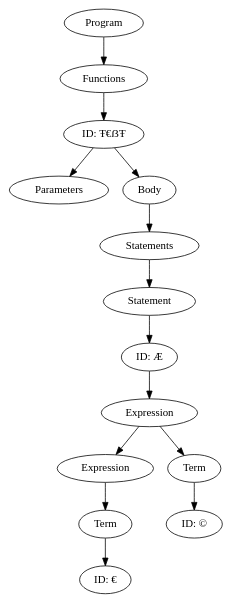
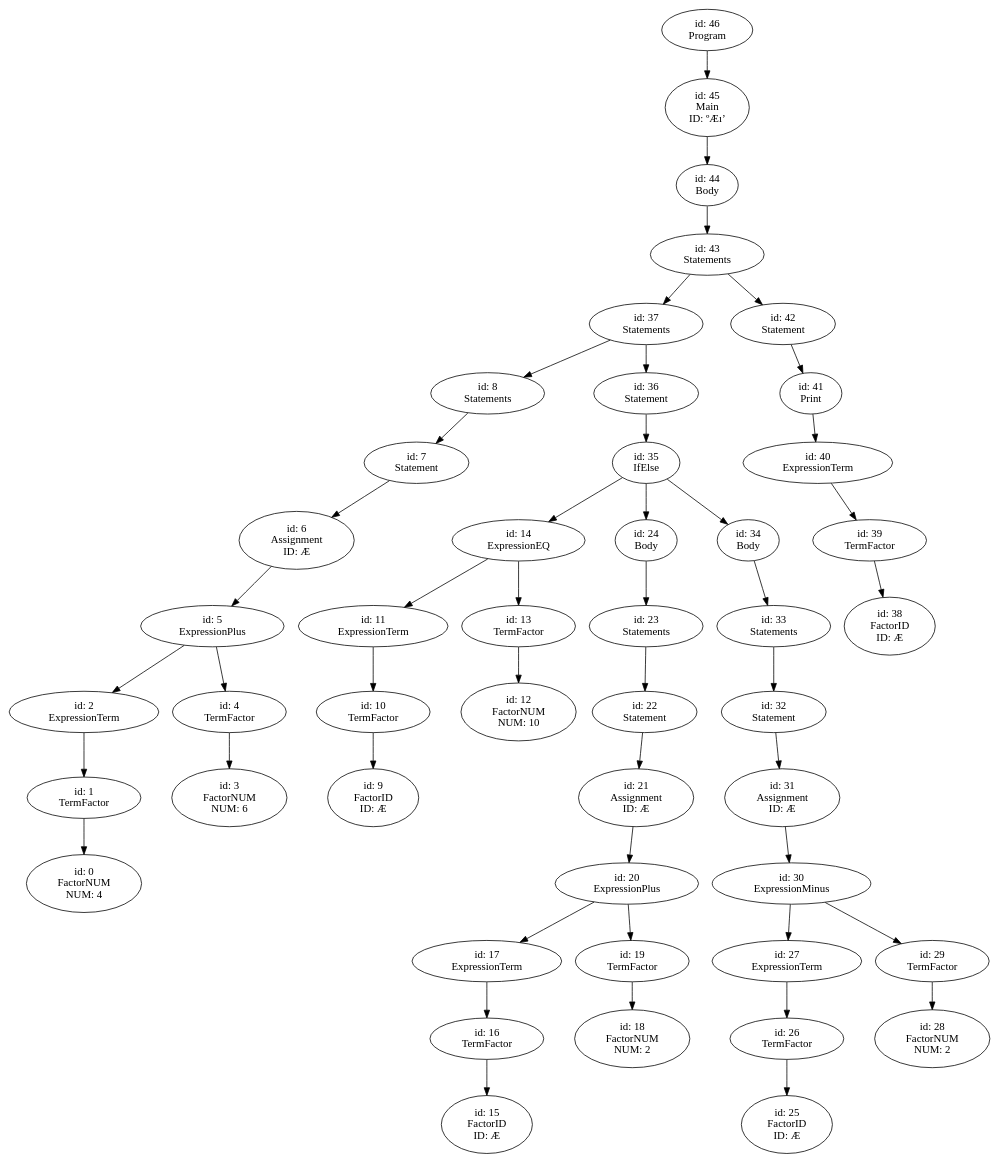
The diagram in ex10/ast.gv (Finn-Artmann/Styx), drawn with Graphviz before and after one commit. The commit also changed 8 other files, not shown here.

```diff
--- a/ex10/ast.gv
+++ b/ex10/ast.gv
@@ -1,29 +1,155 @@
 digraph ast {
-n34 [label="Program"];
-n34 -> n12;
-n12 [label="Functions"];
-n12 -> n11;
-n11 [label="ID: Ŧ€ẞŦ"];
-n11 -> n0;
-n0 [label="Parameters"];
+n46 [label="id: 46
+ Program"];
+n46 -> n45;
+n45 [label="id: 45
+ Main
+ ID: ºÆı’"];
+n45 -> n44;
+n44 [label="id: 44
+ Body"];
+n44 -> n43;
+n43 [label="id: 43
+ Statements"];
+n43 -> n37;
+n37 [label="id: 37
+ Statements"];
+n37 -> n8;
+n8 [label="id: 8
+ Statements"];
+n8 -> n7;
+n7 [label="id: 7
+ Statement"];
+n7 -> n6;
+n6 [label="id: 6
+ Assignment
+ ID: Æ"];
+n6 -> n5;
+n5 [label="id: 5
+ ExpressionPlus"];
+n5 -> n2;
+n2 [label="id: 2
+ ExpressionTerm"];
+n2 -> n1;
+n1 [label="id: 1
+ TermFactor"];
+n1 -> n0;
+n0 [label="id: 0
+ FactorNUM
+ NUM: 4"];
+n5 -> n4;
+n4 [label="id: 4
+ TermFactor"];
+n4 -> n3;
+n3 [label="id: 3
+ FactorNUM
+ NUM: 6"];
+n37 -> n36;
+n36 [label="id: 36
+ Statement"];
+n36 -> n35;
+n35 [label="id: 35
+ IfElse"];
+n35 -> n14;
+n14 [label="id: 14
+ ExpressionEQ"];
+n14 -> n11;
+n11 [label="id: 11
+ ExpressionTerm"];
 n11 -> n10;
-n10 [label="Body"];
+n10 [label="id: 10
+ TermFactor"];
 n10 -> n9;
-n9 [label="Statements"];
-n9 -> n8;
-n8 [label="Statement"];
-n8 -> n7;
-n7 [label="ID: Æ"];
-n7 -> n6;
-n6 [label="Expression"];
-n6 -> n3;
-n3 [label="Expression"];
-n3 -> n2;
-n2 [label="Term"];
-n2 -> n1;
-n1 [label="ID: €"];
-n6 -> n5;
-n5 [label="Term"];
-n5 -> n4;
-n4 [label="ID: ©"];
+n9 [label="id: 9
+ FactorID
+ ID: Æ"];
+n14 -> n13;
+n13 [label="id: 13
+ TermFactor"];
+n13 -> n12;
+n12 [label="id: 12
+ FactorNUM
+ NUM: 10"];
+n35 -> n24;
+n24 [label="id: 24
+ Body"];
+n24 -> n23;
+n23 [label="id: 23
+ Statements"];
+n23 -> n22;
+n22 [label="id: 22
+ Statement"];
+n22 -> n21;
+n21 [label="id: 21
+ Assignment
+ ID: Æ"];
+n21 -> n20;
+n20 [label="id: 20
+ ExpressionPlus"];
+n20 -> n17;
+n17 [label="id: 17
+ ExpressionTerm"];
+n17 -> n16;
+n16 [label="id: 16
+ TermFactor"];
+n16 -> n15;
+n15 [label="id: 15
+ FactorID
+ ID: Æ"];
+n20 -> n19;
+n19 [label="id: 19
+ TermFactor"];
+n19 -> n18;
+n18 [label="id: 18
+ FactorNUM
+ NUM: 2"];
+n35 -> n34;
+n34 [label="id: 34
+ Body"];
+n34 -> n33;
+n33 [label="id: 33
+ Statements"];
+n33 -> n32;
+n32 [label="id: 32
+ Statement"];
+n32 -> n31;
+n31 [label="id: 31
+ Assignment
+ ID: Æ"];
+n31 -> n30;
+n30 [label="id: 30
+ ExpressionMinus"];
+n30 -> n27;
+n27 [label="id: 27
+ ExpressionTerm"];
+n27 -> n26;
+n26 [label="id: 26
+ TermFactor"];
+n26 -> n25;
+n25 [label="id: 25
+ FactorID
+ ID: Æ"];
+n30 -> n29;
+n29 [label="id: 29
+ TermFactor"];
+n29 -> n28;
+n28 [label="id: 28
+ FactorNUM
+ NUM: 2"];
+n43 -> n42;
+n42 [label="id: 42
+ Statement"];
+n42 -> n41;
+n41 [label="id: 41
+ Print"];
+n41 -> n40;
+n40 [label="id: 40
+ ExpressionTerm"];
+n40 -> n39;
+n39 [label="id: 39
+ TermFactor"];
+n39 -> n38;
+n38 [label="id: 38
+ FactorID
+ ID: Æ"];
 }
```
